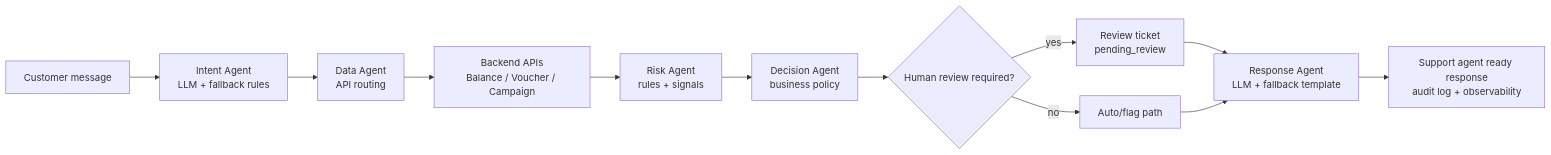
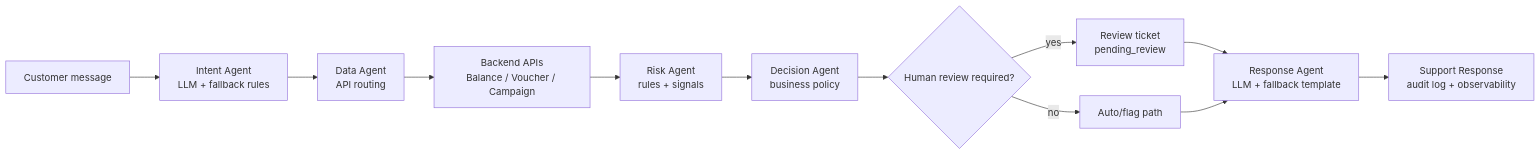
Before and after one commit to husnuye/ai-reward-support-workflow: the diagram in README.md, drawn with Mermaid. The commit also changed other lines of this file and 4 other files, not shown here.

````diff
--- a/README.md
+++ b/README.md
@@ -36,14 +40,14 @@
 ```mermaid
 flowchart LR
     A["Customer message"] --> B["Intent Agent<br/>LLM + fallback rules"]
     B --> C["Data Agent<br/>API routing"]
     C --> D["Backend APIs<br/>Balance / Voucher / Campaign"]
     D --> E["Risk Agent<br/>rules + signals"]
     E --> F["Decision Agent<br/>business policy"]
     F --> G{"Human review required?"}
     G -- "yes" --> H["Review ticket<br/>pending_review"]
     G -- "no" --> I["Auto/flag path"]
     H --> J["Response Agent<br/>LLM + fallback template"]
     I --> J
-    J --> K["Support agent ready response<br/>audit log + observability"]
+    J --> K["Support Response<br/>audit log + observability"]
 ```
````
